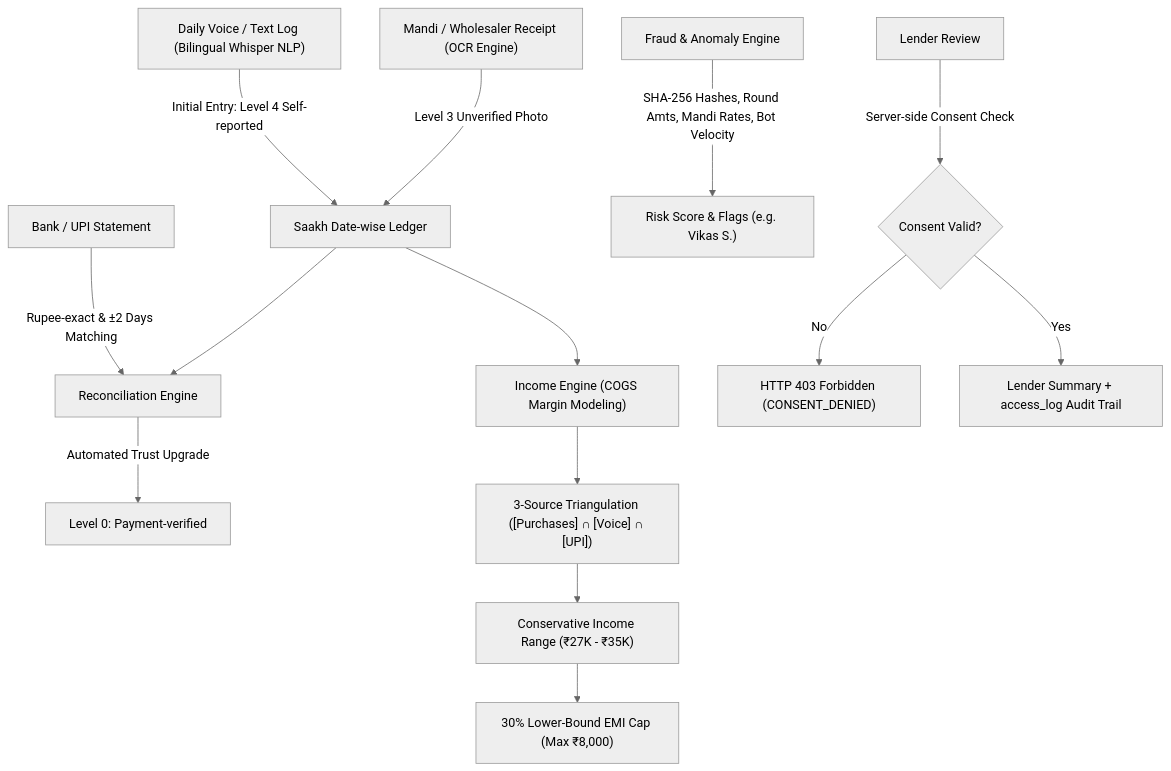
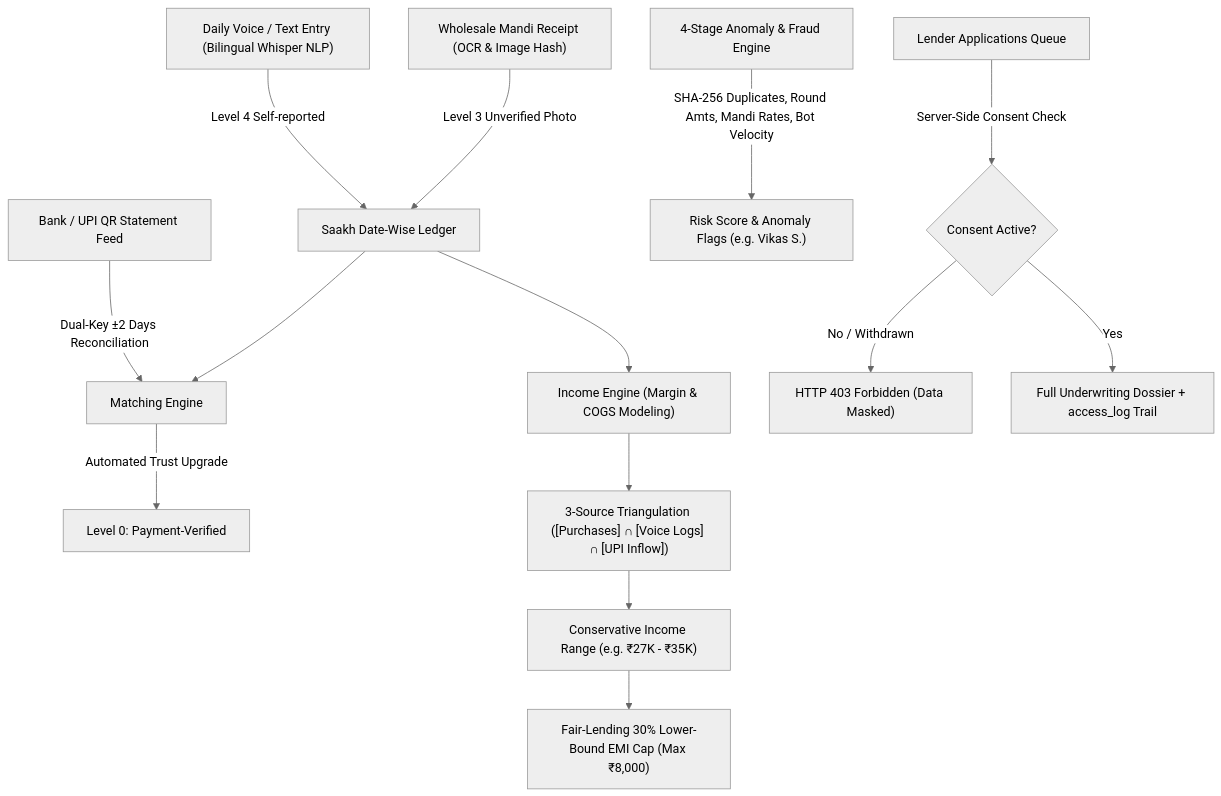
One commit to Ashu-Kumari07/Saakh changed the diagram in README.md. Above: the diagram before and after it, drawn with Mermaid (neutral theme). The commit also changed other lines of this file, not shown here.

Commit message:
docs: comprehensive README overhaul with 74-test suite, 2Factor SMS, dynamic data sources, and date-wise ledger

````diff
--- a/README.md
+++ b/README.md
@@ -26,16 +28,16 @@
 ```mermaid
 graph TD
-    A["Daily Voice / Text Log (Bilingual Whisper NLP)"] -->|Initial Entry: Level 4 Self-reported| B["Saakh Date-wise Ledger"]
-    C["Mandi / Wholesaler Receipt (OCR Engine)"] -->|Level 3 Unverified Photo| B
-    D["Bank / UPI Statement"] -->|Rupee-exact & ±2 Days Matching| E["Reconciliation Engine"]
+    A["Daily Voice / Text Entry (Bilingual Whisper NLP)"] -->|Level 4 Self-reported| B["Saakh Date-Wise Ledger"]
+    C["Wholesale Mandi Receipt (OCR & Image Hash)"] -->|Level 3 Unverified Photo| B
+    D["Bank / UPI QR Statement Feed"] -->|Dual-Key ±2 Days Reconciliation| E["Matching Engine"]
     B --> E
-    E -->|Automated Trust Upgrade| F["Level 0: Payment-verified"]
-    B --> G["Income Engine (COGS Margin Modeling)"]
-    G --> H["3-Source Triangulation ([Purchases] ∩ [Voice] ∩ [UPI])"]
-    H --> I["Conservative Income Range (₹27K - ₹35K)"]
-    I --> J["30% Lower-Bound EMI Cap (Max ₹8,000)"]
-    K["Fraud & Anomaly Engine"] -->|SHA-256 Hashes, Round Amts, Mandi Rates, Bot Velocity| L["Risk Score & Flags (e.g. Vikas S.)"]
-    M["Lender Review"] -->|Server-side Consent Check| N{"Consent Valid?"}
-    N -->|No| O["HTTP 403 Forbidden (CONSENT_DENIED)"]
-    N -->|Yes| P["Lender Summary + access_log Audit Trail"]
+    E -->|Automated Trust Upgrade| F["Level 0: Payment-Verified"]
+    B --> G["Income Engine (Margin & COGS Modeling)"]
+    G --> H["3-Source Triangulation ([Purchases] ∩ [Voice Logs] ∩ [UPI Inflow])"]
+    H --> I["Conservative Income Range (e.g. ₹27K - ₹35K)"]
+    I --> J["Fair-Lending 30% Lower-Bound EMI Cap (Max ₹8,000)"]
+    K["4-Stage Anomaly & Fraud Engine"] -->|SHA-256 Duplicates, Round Amts, Mandi Rates, Bot Velocity| L["Risk Score & Anomaly Flags (e.g. Vikas S.)"]
+    M["Lender Applications Queue"] -->|Server-Side Consent Check| N{"Consent Active?"}
+    N -->|No / Withdrawn| O["HTTP 403 Forbidden (Data Masked)"]
+    N -->|Yes| P["Full Underwriting Dossier + access_log Trail"]
 ```
````
